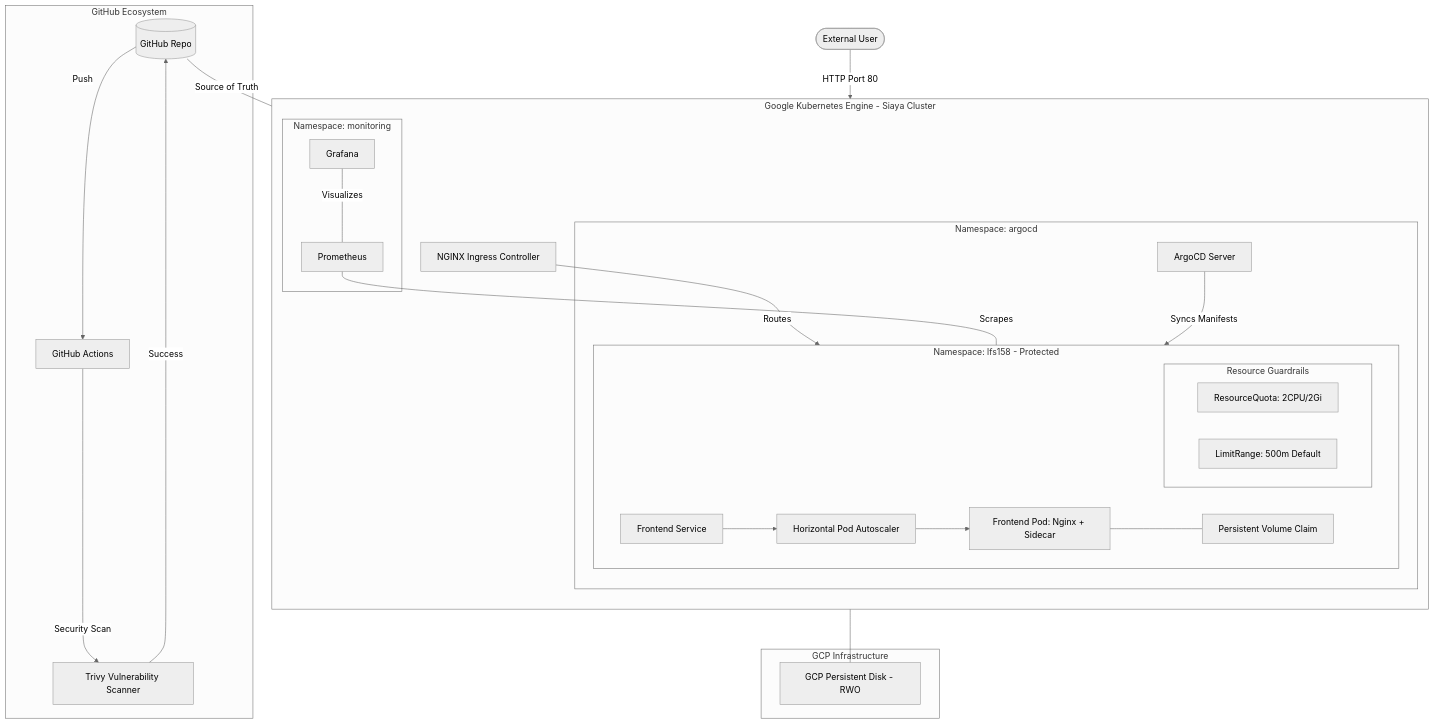
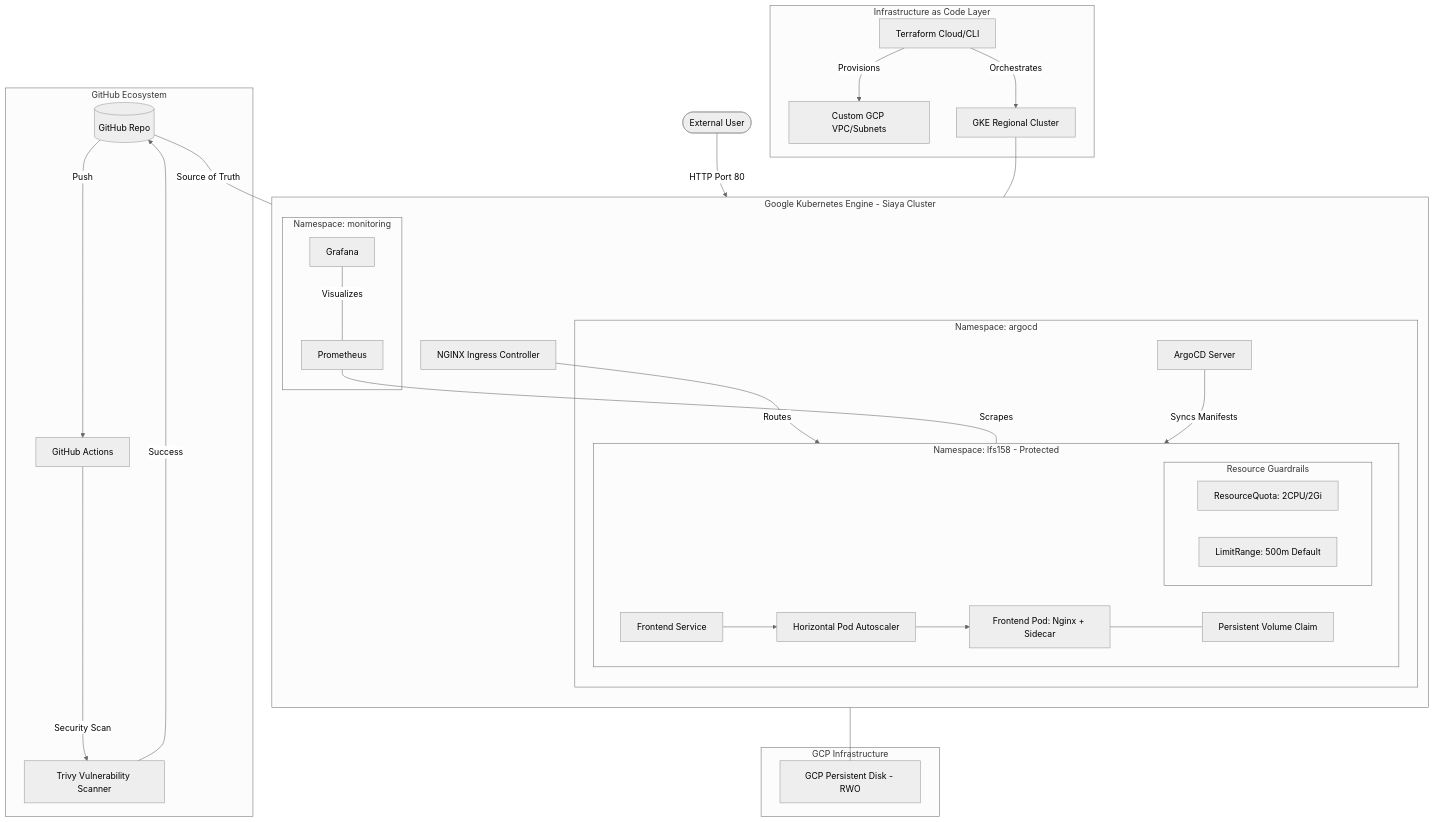
One commit to Alwende/kubernetes-platform-engineer-project changed the diagram in ARCHITECTURE.md. Above: the diagram before and after it, drawn with Mermaid (neutral theme). The commit also changed other lines of this file, not shown here.

Commit message:
docs: include Terraform IaC layer in architectural flow

````diff
--- a/ARCHITECTURE.md
+++ b/ARCHITECTURE.md
@@ -4,41 +4,47 @@
 ```mermaid
 graph TD
     User([External User]) -->|HTTP Port 80| Ing[NGINX Ingress Controller]
     
+    subgraph Terraform_Provisioning [Infrastructure as Code Layer]
+        TF[Terraform Cloud/CLI] -->|Provisions| VPC[Custom GCP VPC/Subnets]
+        TF -->|Orchestrates| GKE_Cluster[GKE Regional Cluster]
+    end
+
     subgraph GKE_Cloud_Infrastructure [Google Kubernetes Engine - Siaya Cluster]
         direction TB
+        GKE_Cluster --- Ing
         Ing -->|Routes| Svc[Frontend Service]
         
         subgraph LFS158_Namespace [Namespace: lfs158 - Protected]
             direction LR
             Svc --> HPA[Horizontal Pod Autoscaler]
             HPA --> Pod[Frontend Pod: Nginx + Sidecar]
             Pod --- PVC[Persistent Volume Claim]
             
             subgraph Governance [Resource Guardrails]
                 RQ[ResourceQuota: 2CPU/2Gi]
                 LR[LimitRange: 500m Default]
             end
         end
 
         subgraph Monitoring_Layer [Namespace: monitoring]
             Prom[Prometheus] ---|Scrapes| Pod
             Graf[Grafana] ---|Visualizes| Prom
         end
         
         subgraph GitOps_Control [Namespace: argocd]
             Argo[ArgoCD Server] -->|Syncs Manifests| LFS158_Namespace
         end
     end
 
     subgraph Storage_Layer [GCP Infrastructure]
         PVC --- PD[GCP Persistent Disk - RWO]
     end
 
     subgraph CI_CD_Pipeline [GitHub Ecosystem]
         Repo[(GitHub Repo)] -->|Push| GHA[GitHub Actions]
         GHA -->|Security Scan| Trivy[Trivy Vulnerability Scanner]
         Trivy -->|Success| Repo
         Repo ---|Source of Truth| Argo
     end
 ```
````
